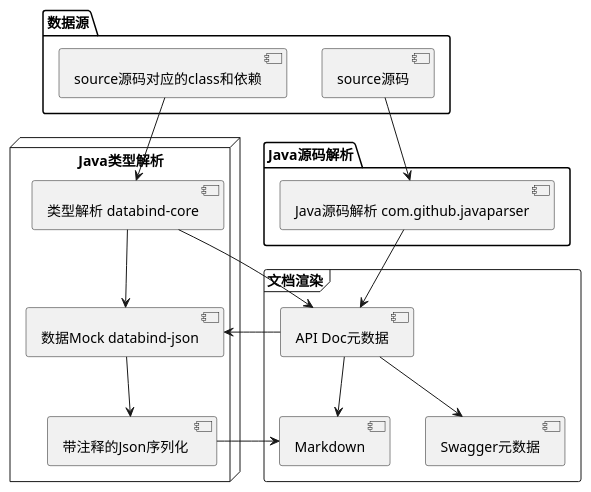
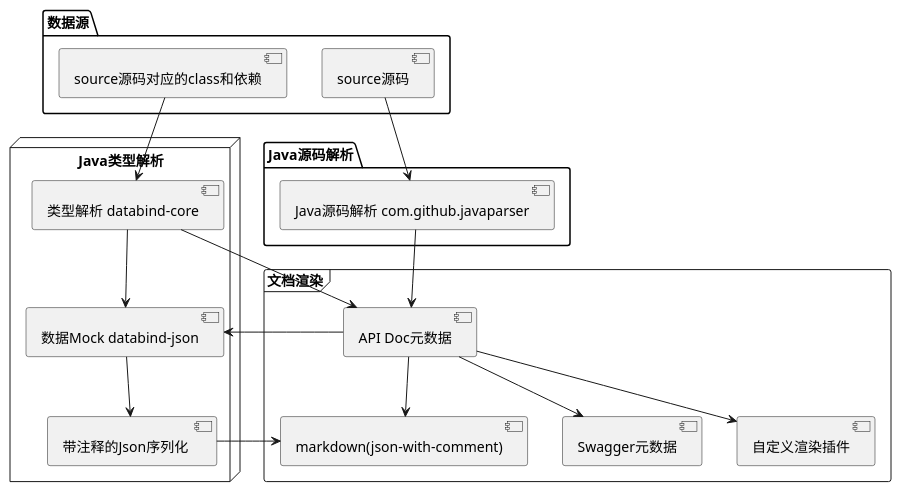
One commit to jrrwll/jrrwll.github.io changed the diagram in content/blog/apidoc-generator.md. Above: the diagram before and after it, drawn with PlantUML. The commit also changed other lines of this file and 1 other file, not shown here.

````diff
--- a/content/blog/apidoc-generator.md
+++ b/content/blog/apidoc-generator.md
@@ -14,38 +17,40 @@
 ```plantuml
 @startuml
 folder "数据源" {
    component [source源码] as src
    component [source源码对应的class和依赖] as classpath
 }
 
 package "Java源码解析" {
     component [Java源码解析 com.github.javaparser] as javaparser
     src --> javaparser
 }
 
 node "Java类型解析" {
     component [类型解析 databind-core] as type
     component [数据Mock databind-json] as mock
     component [带注释的Json序列化 ] as jwc
     classpath --> type
     type --> mock
     mock --> jwc
 }
 
 frame "文档渲染" {
     component [API Doc元数据] as doc
-    component [Markdown] as md
+    component [markdown(json-with-comment)] as md
     component [Swagger元数据] as sg
+    component [自定义渲染插件] as rp
 
     javaparser --> doc
     type --> doc
     doc --> mock
 
     jwc --> md
     doc --> md
 
     doc --> sg
+    doc --> rp
 }
 
 @enduml
 ```
````
